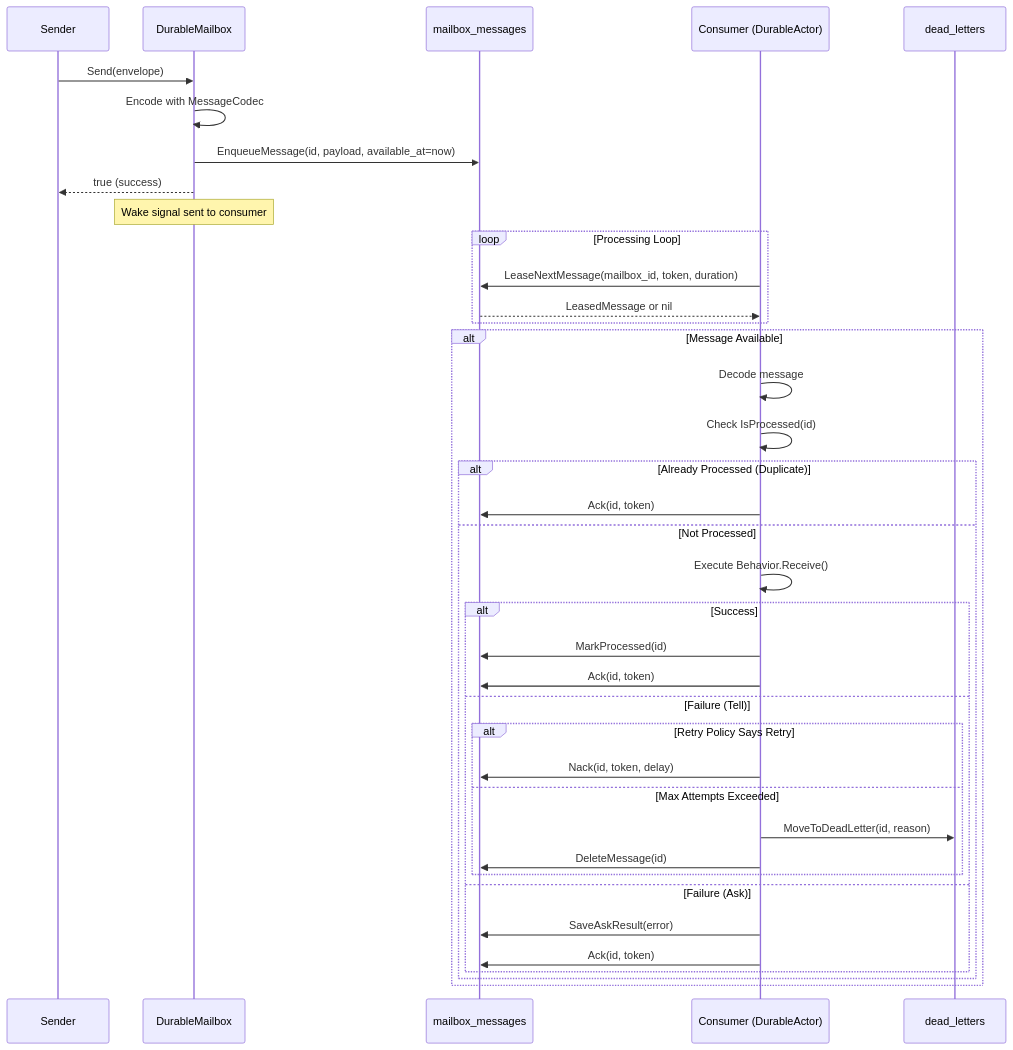
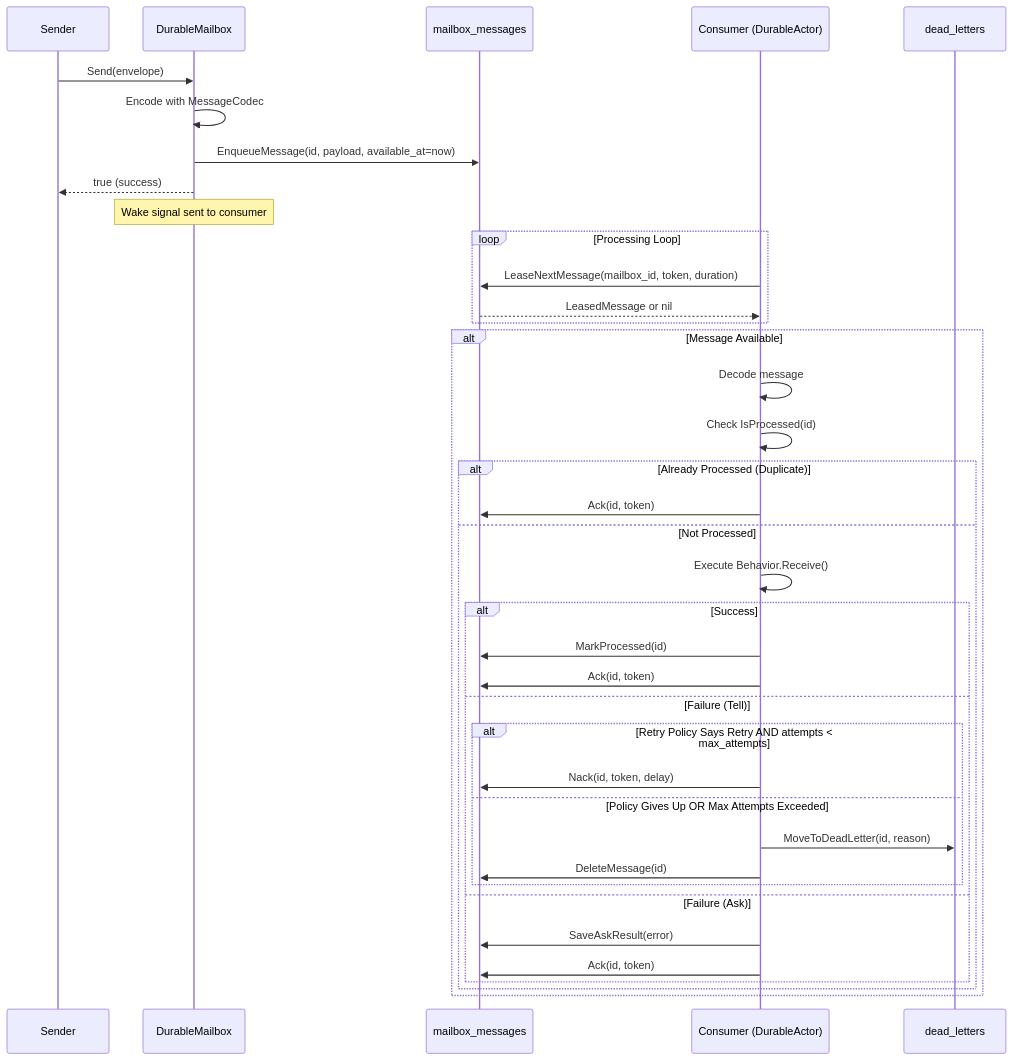
One commit to lightninglabs/wavelength changed the fifth of 18 diagrams in docs/durable_actor_architecture.md. Above: the diagram before and after it, drawn with Mermaid. The commit also changed other lines of this file and 8 other files, not shown here.

````diff
--- a/docs/durable_actor_architecture.md
+++ b/docs/durable_actor_architecture.md
@@ -197,46 +197,46 @@
 ```mermaid
 sequenceDiagram
     participant S as Sender
     participant M as DurableMailbox
     participant DB as mailbox_messages
     participant C as Consumer (DurableActor)
     participant DL as dead_letters
 
     S->>M: Send(envelope)
     M->>M: Encode with MessageCodec
     M->>DB: EnqueueMessage(id, payload, available_at=now)
     M-->>S: true (success)
 
     Note over M: Wake signal sent to consumer
 
     loop Processing Loop
         C->>DB: LeaseNextMessage(mailbox_id, token, duration)
         DB-->>C: LeasedMessage or nil
     end
 
     alt Message Available
         C->>C: Decode message
         C->>C: Check IsProcessed(id)
 
         alt Already Processed (Duplicate)
             C->>DB: Ack(id, token)
         else Not Processed
             C->>C: Execute Behavior.Receive()
 
             alt Success
                 C->>DB: MarkProcessed(id)
                 C->>DB: Ack(id, token)
             else Failure (Tell)
-                alt Retry Policy Says Retry
+                alt Retry Policy Says Retry AND attempts < max_attempts
                     C->>DB: Nack(id, token, delay)
-                else Max Attempts Exceeded
+                else Policy Gives Up OR Max Attempts Exceeded
                     C->>DL: MoveToDeadLetter(id, reason)
                     C->>DB: DeleteMessage(id)
                 end
             else Failure (Ask)
                 C->>DB: SaveAskResult(error)
                 C->>DB: Ack(id, token)
             end
         end
     end
 ```
````
